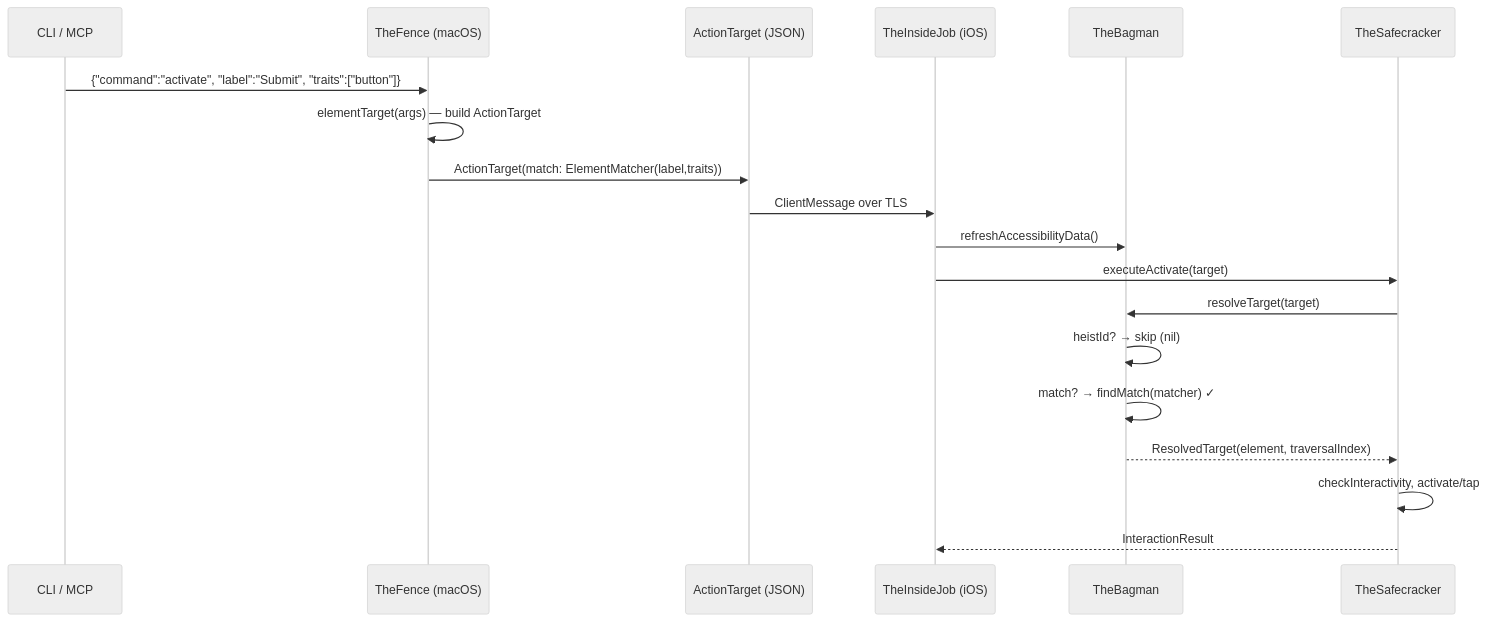
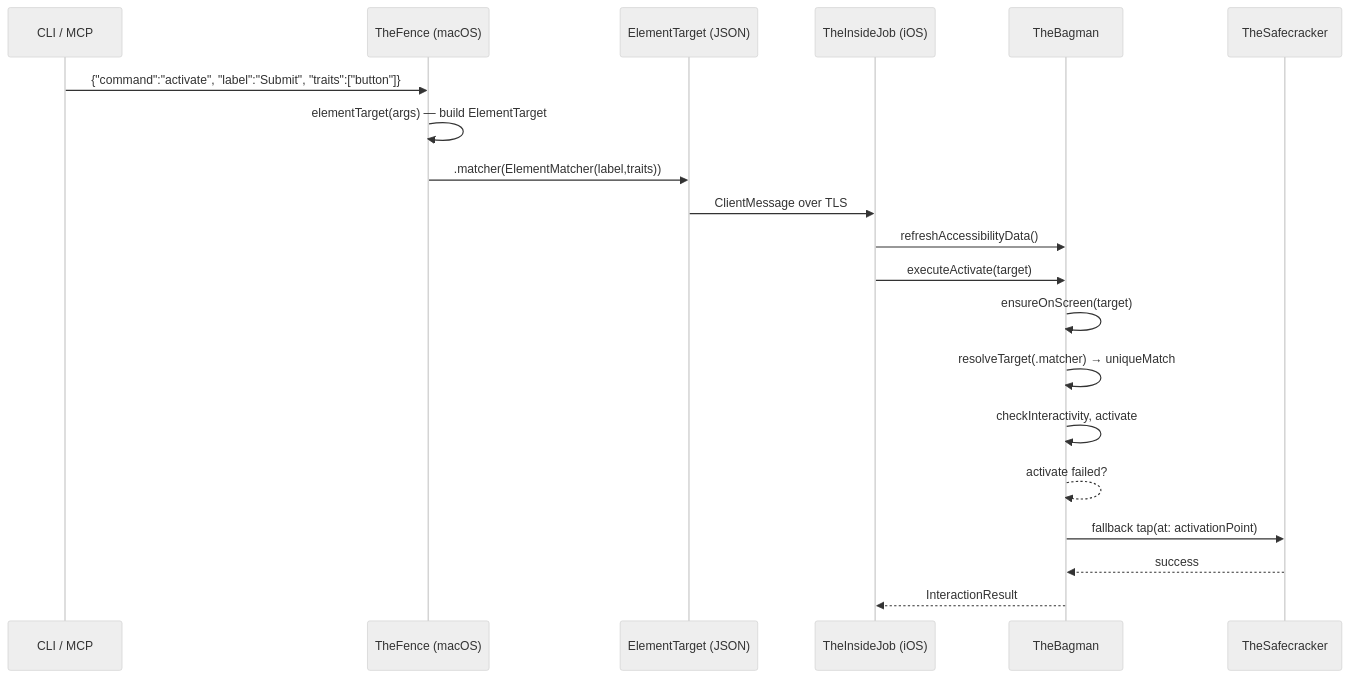
The first of 2 diagrams in docs/dossiers/15-UNIFIED-TARGETING.md (RoyalPineapple/TheButtonHeist), drawn with Mermaid (neutral theme) before and after one commit. The commit also changed other lines of this file and 16 other files, not shown here.

````diff
--- a/docs/dossiers/15-UNIFIED-TARGETING.md
+++ b/docs/dossiers/15-UNIFIED-TARGETING.md
@@ -26,22 +28,23 @@
 ```mermaid
 sequenceDiagram
     participant Caller as CLI / MCP
     participant TF as TheFence (macOS)
-    participant Wire as ActionTarget (JSON)
+    participant Wire as ElementTarget (JSON)
     participant IJ as TheInsideJob (iOS)
     participant TB as TheBagman
     participant TS as TheSafecracker
 
     Caller->>TF: {"command":"activate", "label":"Submit", "traits":["button"]}
-    TF->>TF: elementTarget(args) — build ActionTarget
-    TF->>Wire: ActionTarget(match: ElementMatcher(label,traits))
+    TF->>TF: elementTarget(args) — build ElementTarget
+    TF->>Wire: .matcher(ElementMatcher(label,traits))
     Wire->>IJ: ClientMessage over TLS
     IJ->>TB: refreshAccessibilityData()
-    IJ->>TS: executeActivate(target)
-    TS->>TB: resolveTarget(target)
-    TB->>TB: heistId? → skip (nil)
-    TB->>TB: match? → findMatch(matcher) ✓
-    TB-->>TS: ResolvedTarget(element, traversalIndex)
-    TS->>TS: checkInteractivity, activate/tap
-    TS-->>IJ: InteractionResult
+    IJ->>TB: executeActivate(target)
+    TB->>TB: ensureOnScreen(target)
+    TB->>TB: resolveTarget(.matcher) → uniqueMatch
+    TB->>TB: checkInteractivity, activate
+    TB-->>TB: activate failed?
+    TB->>TS: fallback tap(at: activationPoint)
+    TS-->>TB: success
+    TB-->>IJ: InteractionResult
 ```
````
